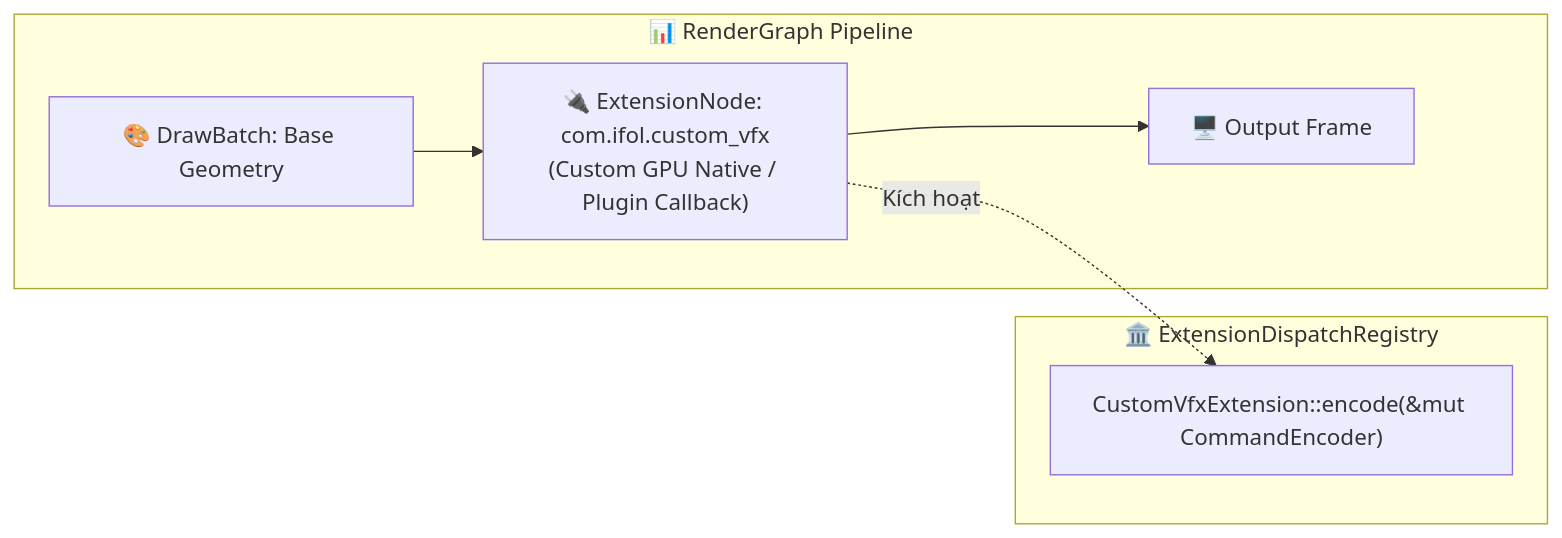
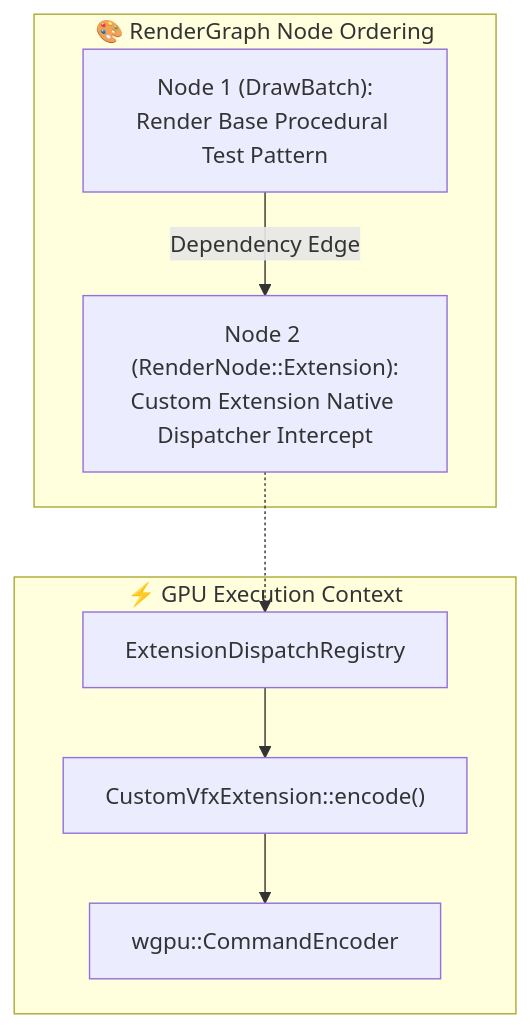
Before and after one commit to danphong23/ifol-animation: the diagram in crates/ifol-gpu/tests/reports/tc104_extension_dispatch_report.md, drawn with Mermaid. The commit also changed other lines of this file and 50 other files, not shown here.

Commit message:
docs(ifol-gpu): Clean codebase, add industry API docs, and verify dual Desktop/WebGPU test suite

````diff
--- a/crates/ifol-gpu/tests/reports/tc104_extension_dispatch_report.md
+++ b/crates/ifol-gpu/tests/reports/tc104_extension_dispatch_report.md
@@ -19,17 +19,19 @@
 ```mermaid
-flowchart LR
-    subgraph RenderGraph["📊 RenderGraph Pipeline"]
-        NODE1["🎨 DrawBatch: Base Geometry"]
-        EXT["🔌 ExtensionNode: com.ifol.custom_vfx<br/>(Custom GPU Native / Plugin Callback)"]
-        TARGET["🖥️ Output Frame"]
+flowchart TD
+    subgraph RenderGraph_Flow["🎨 RenderGraph Node Ordering"]
+        NODE1["Node 1 (DrawBatch):<br/>Render Base Procedural Test Pattern"]
+        NODE2["Node 2 (RenderNode::Extension):<br/>Custom Extension Native Dispatcher Intercept"]
         
-        NODE1 --> EXT
-        EXT --> TARGET
+        NODE1 -->|Dependency Edge| NODE2
     end
 
-    subgraph Host_Registry["🏛️ ExtensionDispatchRegistry"]
-        DISPATCHER["CustomVfxExtension::encode(&mut CommandEncoder)"]
+    subgraph Dispatcher_Execution["⚡ GPU Execution Context"]
+        REGISTRY["ExtensionDispatchRegistry"]
+        DISPATCHER["CustomVfxExtension::encode()"]
+        CMD_ENC["wgpu::CommandEncoder"]
+        
+        NODE2 -.-> REGISTRY
+        REGISTRY --> DISPATCHER
+        DISPATCHER --> CMD_ENC
     end
-
-    EXT -.->|Kích hoạt| DISPATCHER
 ```
````
